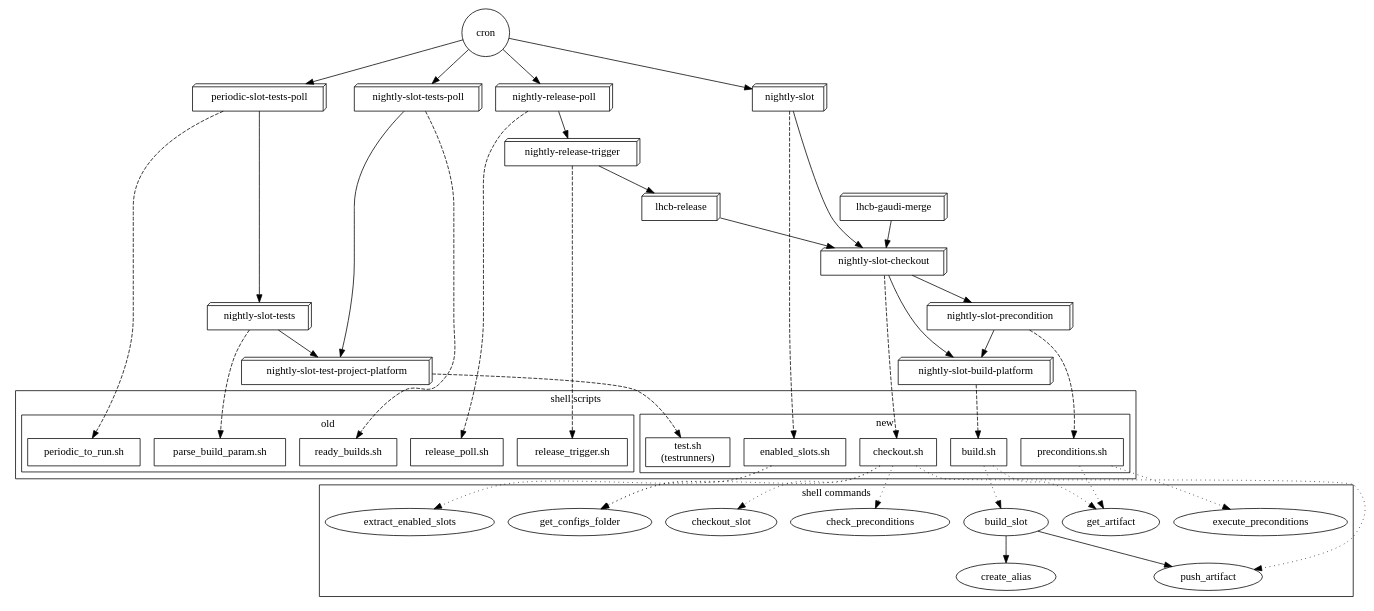
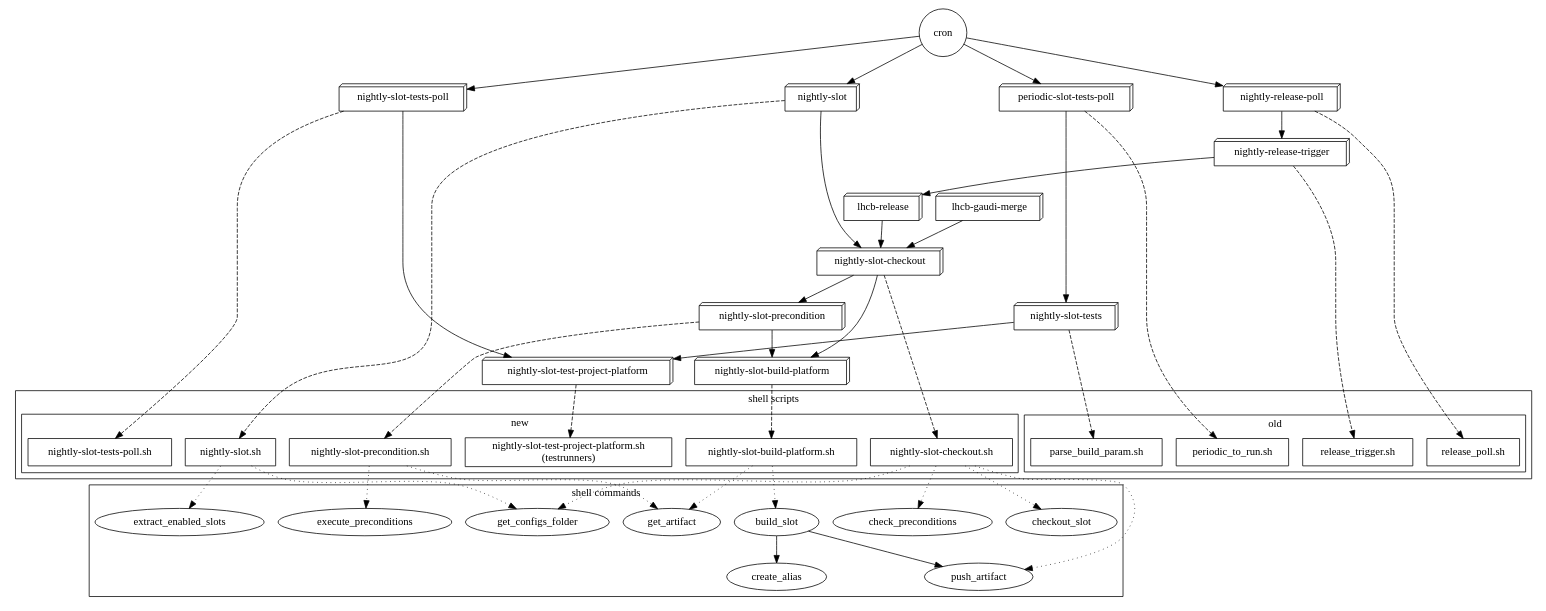
Before and after one commit to LHCbDev/lhcbpr2all: the diagram in docs/jenkins-scripts.dot, drawn with Graphviz. The commit also changed 10 other files, not shown here.

```diff
--- a/docs/jenkins-scripts.dot
+++ b/docs/jenkins-scripts.dot
@@ -1,114 +1,114 @@
 digraph "Jenkins-scripts" {
 
 "cron" [shape=circle];
 
 cron -> { rank = same; node [shape=box3d];
   "nightly-slot";
   "nightly-slot-tests-poll";
   "periodic-slot-tests-poll";
   "nightly-release-poll";
 }
 
 // Jenkins jobs
 subgraph jobs {
   node [shape=box3d];
   //label = "Jenkins jobs";
 
   "nightly-slot" -> "nightly-slot-checkout";
   "nightly-slot-checkout" -> "nightly-slot-precondition";
   "nightly-slot-checkout" -> "nightly-slot-build-platform";
   "nightly-slot-precondition" -> "nightly-slot-build-platform";
 
   "nightly-slot-tests-poll" -> "nightly-slot-test-project-platform";
 
   "periodic-slot-tests-poll" -> "nightly-slot-tests" -> "nightly-slot-test-project-platform";
 
   "nightly-release-poll" -> "nightly-release-trigger" -> "lhcb-release" -> "nightly-slot-checkout";
 
   "lhcb-gaudi-merge" -> "nightly-slot-checkout";
 }
 
 // Scripts
 subgraph cluster_scripts {
   node [shape=box];
   rank = same;
   label = "shell scripts";
 
   subgraph cluster_new_scripts {
     label = "new";
-    "enabled_slots.sh";
-    "checkout.sh";
-    "preconditions.sh";
-    "build.sh";
-    "test.sh" [label = "test.sh\n(testrunners)"];
+    "nightly-slot.sh";
+    "nightly-slot-checkout.sh";
+    "nightly-slot-precondition.sh";
+    "nightly-slot-build-platform.sh";
+    "nightly-slot-tests-poll.sh";
+    "nightly-slot-test-project-platform.sh" [label = "nightly-slot-test-project-platform.sh\n(testrunners)"];
   }
 
   subgraph cluster_old_scripts {
     label = "old";
-    "ready_builds.sh";
     "periodic_to_run.sh";
     "parse_build_param.sh";
     "release_poll.sh";
     "release_trigger.sh";
   }
 }
 
 // Shell commands (aliases)
 subgraph cluster_commands {
   node [shape=ellipse];
   rank = same;
   label = "shell commands";
 
   get_configs_folder;
   extract_enabled_slots;
   checkout_slot;
   push_artifact;
   check_preconditions;
   get_artifact;
   execute_preconditions;
   build_slot;
   create_alias;
 
   build_slot -> { create_alias push_artifact }
 };
 
 // Connections jobs->scripts
 edge [style=dashed];
-"nightly-slot" -> "enabled_slots.sh";
-"nightly-slot-checkout" -> "checkout.sh";
-"nightly-slot-precondition" -> "preconditions.sh";
-"nightly-slot-build-platform" -> "build.sh";
-"nightly-slot-tests-poll" -> "ready_builds.sh";
-"nightly-slot-test-project-platform" -> "test.sh";
+"nightly-slot" -> "nightly-slot.sh";
+"nightly-slot-checkout" -> "nightly-slot-checkout.sh";
+"nightly-slot-precondition" -> "nightly-slot-precondition.sh";
+"nightly-slot-build-platform" -> "nightly-slot-build-platform.sh";
+"nightly-slot-tests-poll" -> "nightly-slot-tests-poll.sh";
+"nightly-slot-test-project-platform" -> "nightly-slot-test-project-platform.sh";
 "periodic-slot-tests-poll" -> "periodic_to_run.sh";
 "nightly-slot-tests" -> "parse_build_param.sh";
 "nightly-release-poll" -> "release_poll.sh";
 "nightly-release-trigger" -> "release_trigger.sh";
 
 // Connections scripts->commands
 // fake level
 edge [style=dotted];
-"enabled_slots.sh" -> {
+"nightly-slot.sh" -> {
   get_configs_folder
   extract_enabled_slots
 };
 
-"checkout.sh" -> {
+"nightly-slot-checkout.sh" -> {
   get_configs_folder
   checkout_slot
   push_artifact
   check_preconditions
 };
 
-"preconditions.sh" -> {
+"nightly-slot-precondition.sh" -> {
   get_artifact
   execute_preconditions
 };
 
-"build.sh" -> {
+"nightly-slot-build-platform.sh" -> {
   get_artifact
   build_slot
 };
 
-//"test.sh" -> { node [shape=folder]; testrunners };
+//"nightly-slot-test-project-platform.sh" -> { node [shape=folder]; testrunners };
 }
```
